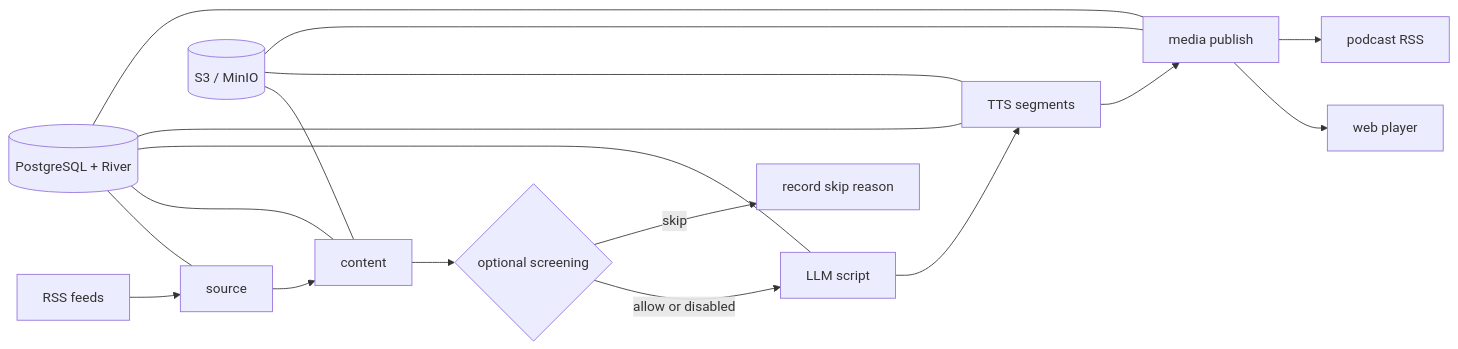
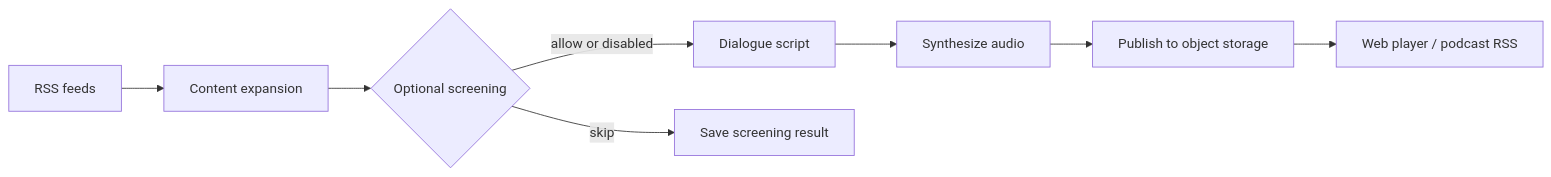
The diagram in README.md (synrise25/rss-pod), drawn with Mermaid before and after one commit. The commit also changed other lines of this file and 6 other files, not shown here.

````diff
--- a/README.md
+++ b/README.md
@@ -64,21 +39,10 @@
 ```mermaid
 flowchart LR
-    RSS[RSS feeds] --> Source[source]
-    Source --> Content[content]
-    Content --> Screening{optional screening}
-    Screening -->|allow or disabled| LLM[LLM script]
-    Screening -->|skip| Skipped[record skip reason]
-    LLM --> TTS[TTS segments]
-    TTS --> Media[media publish]
-    Media --> Player[web player]
-    Media --> Feed[podcast RSS]
-
-    DB[(PostgreSQL + River)] --- Source
-    DB --- Content
-    DB --- LLM
-    DB --- TTS
-    DB --- Media
-    S3[(S3 / MinIO)] --- Content
-    S3 --- TTS
-    S3 --- Media
+    RSS[RSS feeds] --> Content[Content expansion]
+    Content --> Screening{Optional screening}
+    Screening -->|allow or disabled| LLM[Dialogue script]
+    Screening -->|skip| Skipped[Save screening result]
+    LLM --> TTS[Synthesize audio]
+    TTS --> Publish[Publish to object storage]
+    Publish --> Player[Web player / podcast RSS]
 ```
````
